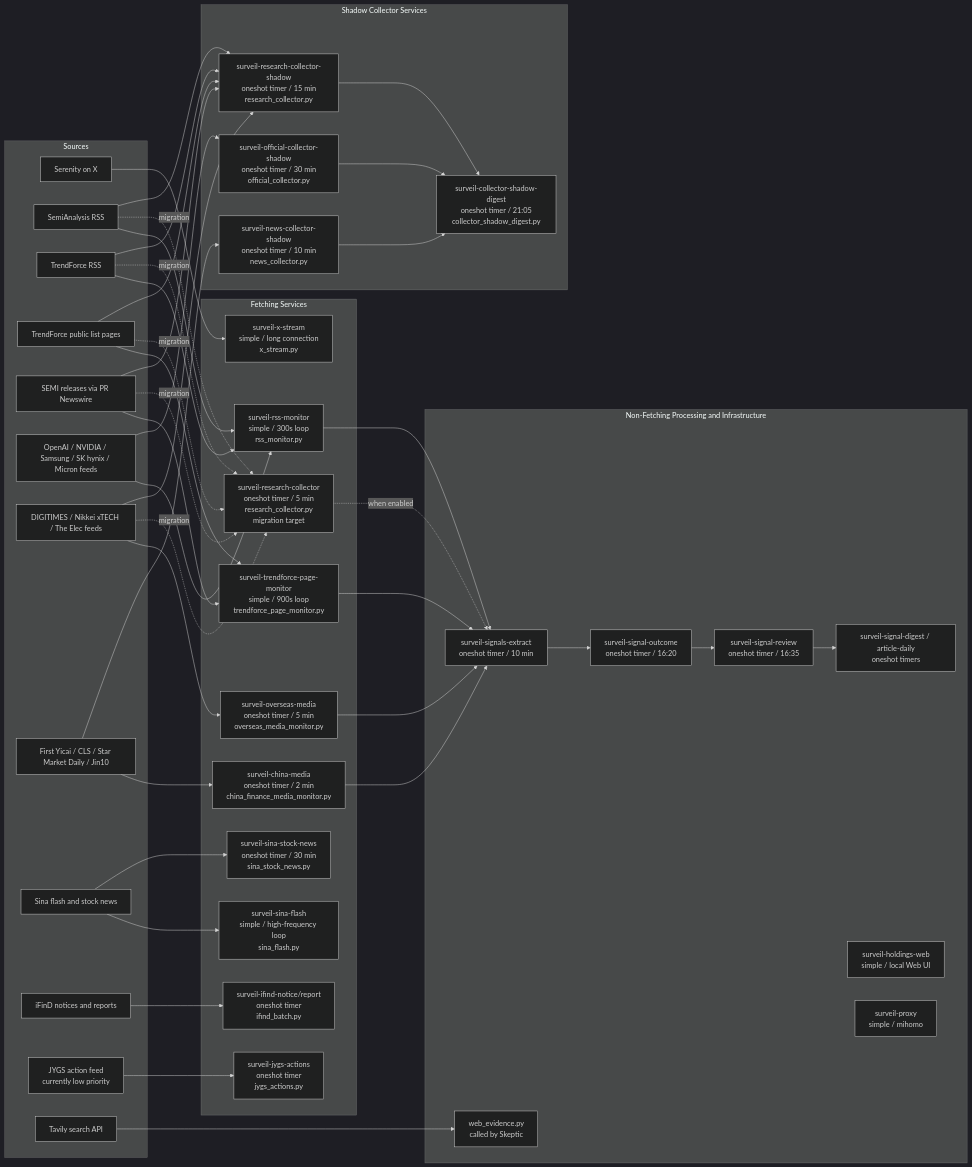
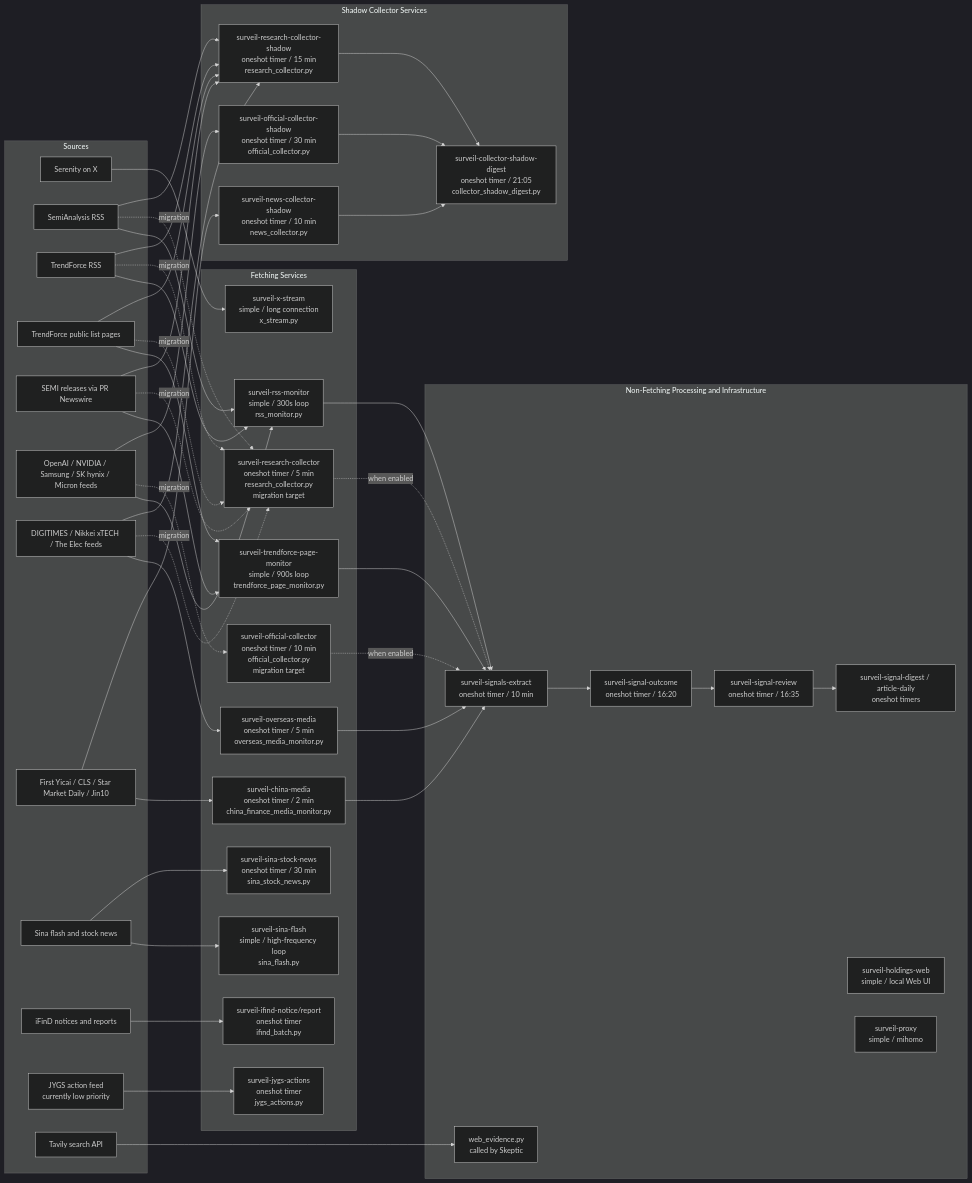
Before and after one commit to Stayfoool/MarketPulseWire: the second of 5 diagrams in docs/architecture-flow.md, drawn with Mermaid (dark theme). The commit also changed other lines of this file and 10 other files, not shown here.

Commit message:
Add production official collector unit

```diff
--- a/docs/architecture-flow.md
+++ b/docs/architecture-flow.md
@@ -137,6 +137,7 @@
         IfindSvc["surveil-ifind-notice/report<br/>oneshot timer<br/>ifind_batch.py"]
         JYGSSvc["surveil-jygs-actions<br/>oneshot timer<br/>jygs_actions.py"]
         ResearchProd["surveil-research-collector<br/>oneshot timer / 5 min<br/>research_collector.py<br/>migration target"]
+        OfficialProd["surveil-official-collector<br/>oneshot timer / 10 min<br/>official_collector.py<br/>migration target"]
     end
 
     subgraph ShadowServices["Shadow Collector Services"]
@@ -164,6 +165,7 @@
     TrendRSS -. migration .-> ResearchProd
     TrendRSS --> ResearchShadow
     CompanyFeeds --> RSSSvc
+    CompanyFeeds -. migration .-> OfficialProd
     CompanyFeeds --> OfficialShadow
     TrendPages --> TrendSvc
     TrendPages -. migration .-> ResearchProd
@@ -185,6 +187,7 @@
     TrendSvc --> SignalExtractSvc
     OverseasSvc --> SignalExtractSvc
     ResearchProd -. when enabled .-> SignalExtractSvc
+    OfficialProd -. when enabled .-> SignalExtractSvc
     ChinaSvc --> SignalExtractSvc
     ResearchShadow --> ShadowDigest
     OfficialShadow --> ShadowDigest
```
